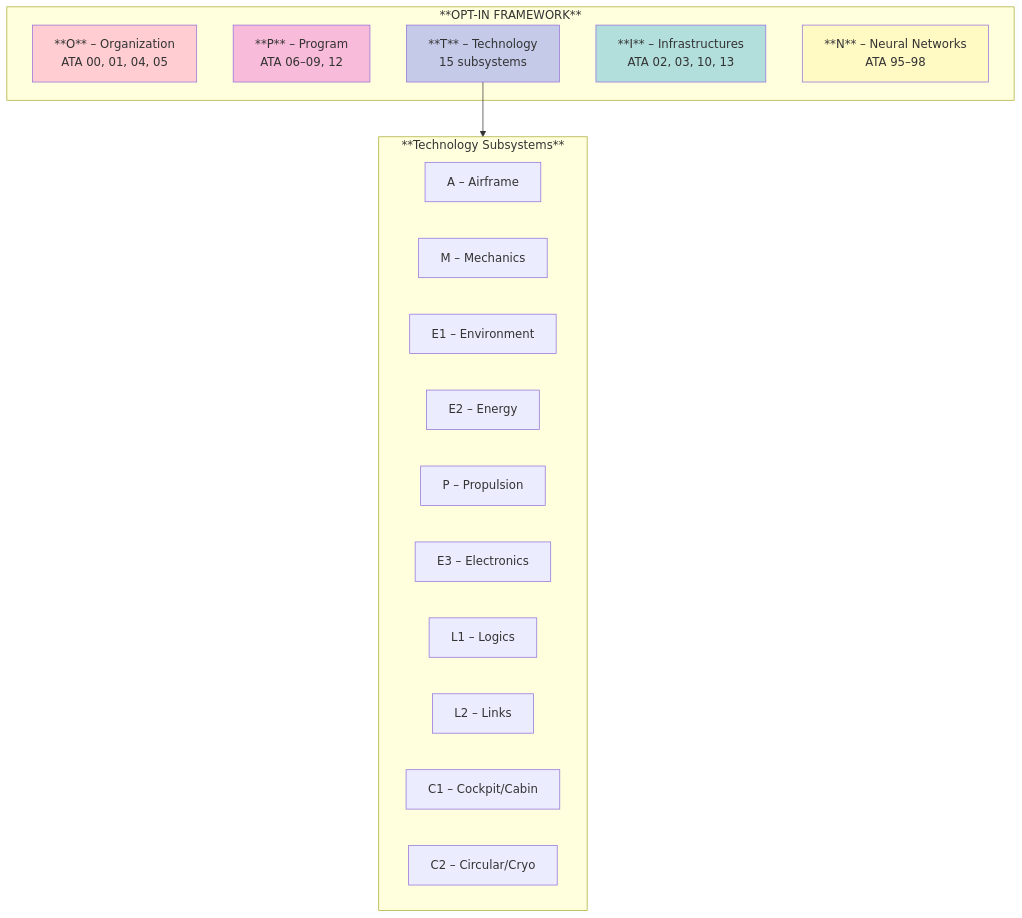
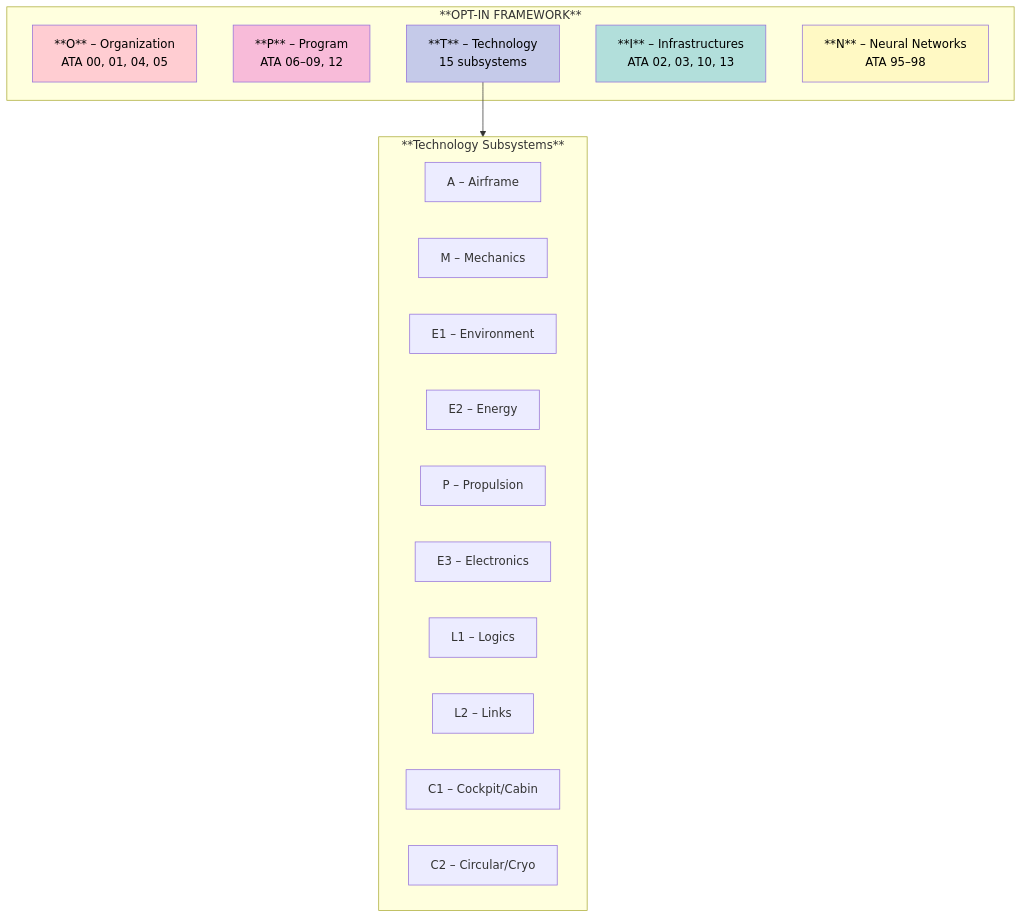
The third of 6 diagrams in README.md (AmedeoPelliccia/AMPEL360-BWB-H2-Hy-E), drawn with Mermaid before and after one commit. The commit also changed other lines of this file, not shown here.

````diff
--- a/README.md
+++ b/README.md
@@ -112,32 +125,32 @@
 ```mermaid
 flowchart TB
     subgraph OPTIN["**OPT-IN FRAMEWORK**"]
         O["**O** – Organization<br/>ATA 00, 01, 04, 05"]
         P["**P** – Program<br/>ATA 06–09, 12"]
         T["**T** – Technology<br/>15 subsystems"]
         I["**I** – Infrastructures<br/>ATA 02, 03, 10, 13"]
         N["**N** – Neural Networks<br/>ATA 95–98"]
     end
 
     T --> T_SUB
 
     subgraph T_SUB["**Technology Subsystems**"]
         direction LR
         A["A – Airframe"]
         M["M – Mechanics"]
         E1["E1 – Environment"]
         E2["E2 – Energy"]
         PP["P – Propulsion"]
         E3["E3 – Electronics"]
         L1["L1 – Logics"]
         L2["L2 – Links"]
         C1["C1 – Cockpit/Cabin"]
         C2["C2 – Circular/Cryo"]
     end
 
-    style O fill:#ffcdd2
-    style P fill:#f8bbd9
-    style T fill:#c5cae9
-    style I fill:#b2dfdb
-    style N fill:#fff9c4
+    style O fill:#ffcdd2,color:#000
+    style P fill:#f8bbd9,color:#000
+    style T fill:#c5cae9,color:#000
+    style I fill:#b2dfdb,color:#000
+    style N fill:#fff9c4,color:#000
 ```
````
